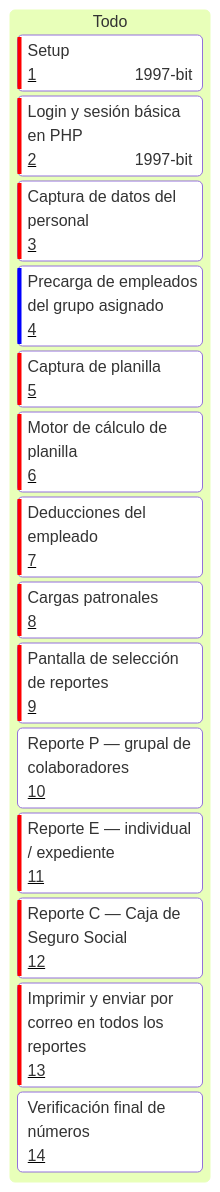
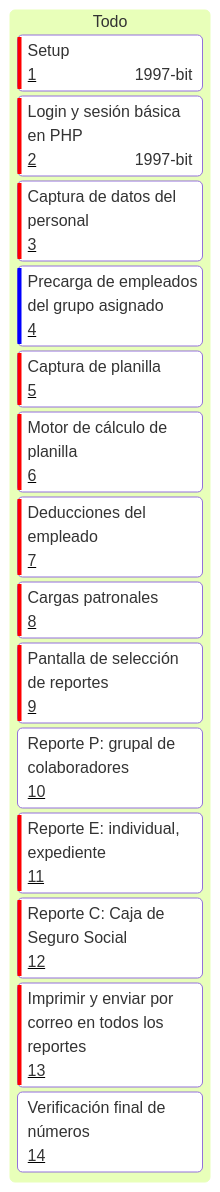
Before and after one commit to 1997-bit/proyecto-contabilidad: the diagram in docs/kanban.md, drawn with Mermaid. The commit also changed other lines of this file and 43 other files, not shown here.

````diff
--- a/docs/kanban.md
+++ b/docs/kanban.md
@@ -3,23 +3,23 @@
 ```mermaid
 ---
 config:
   kanban:
     ticketBaseUrl: 'https://github.com/1997-bit/proyecto-contabilidad/issues/#TICKET#'
 ---
 kanban
   Todo
     id1[Setup]@{ ticket: 1, assigned: '1997-bit', priority: 'Very High' }
     id2[Login y sesión básica en PHP]@{ ticket: 2, assigned: '1997-bit', priority: 'Very High' }
     id3[Captura de datos del personal]@{ ticket: 3, priority: 'Very High' }
     id4[Precarga de empleados del grupo asignado]@{ ticket: 4, priority: 'Low' }
     id5[Captura de planilla]@{ ticket: 5, priority: 'Very High' }
     id6[Motor de cálculo de planilla]@{ ticket: 6, priority: 'Very High' }
     id7[Deducciones del empleado]@{ ticket: 7, priority: 'Very High' }
     id8[Cargas patronales]@{ ticket: 8, priority: 'Very High' }
     id9[Pantalla de selección de reportes]@{ ticket: 9, priority: 'Very High' }
-    id10[Reporte P — grupal de colaboradores]@{ ticket: 10 }
-    id11[Reporte E — individual / expediente]@{ ticket: 11, priority: 'Very High' }
-    id12[Reporte C — Caja de Seguro Social]@{ ticket: 12, priority: 'Very High' }
+    id10[Reporte P: grupal de colaboradores]@{ ticket: 10 }
+    id11[Reporte E: individual, expediente]@{ ticket: 11, priority: 'Very High' }
+    id12[Reporte C: Caja de Seguro Social]@{ ticket: 12, priority: 'Very High' }
     id13[Imprimir y enviar por correo en todos los reportes]@{ ticket: 13, priority: 'Very High' }
     id14[Verificación final de números]@{ ticket: 14 }
 ```
````
